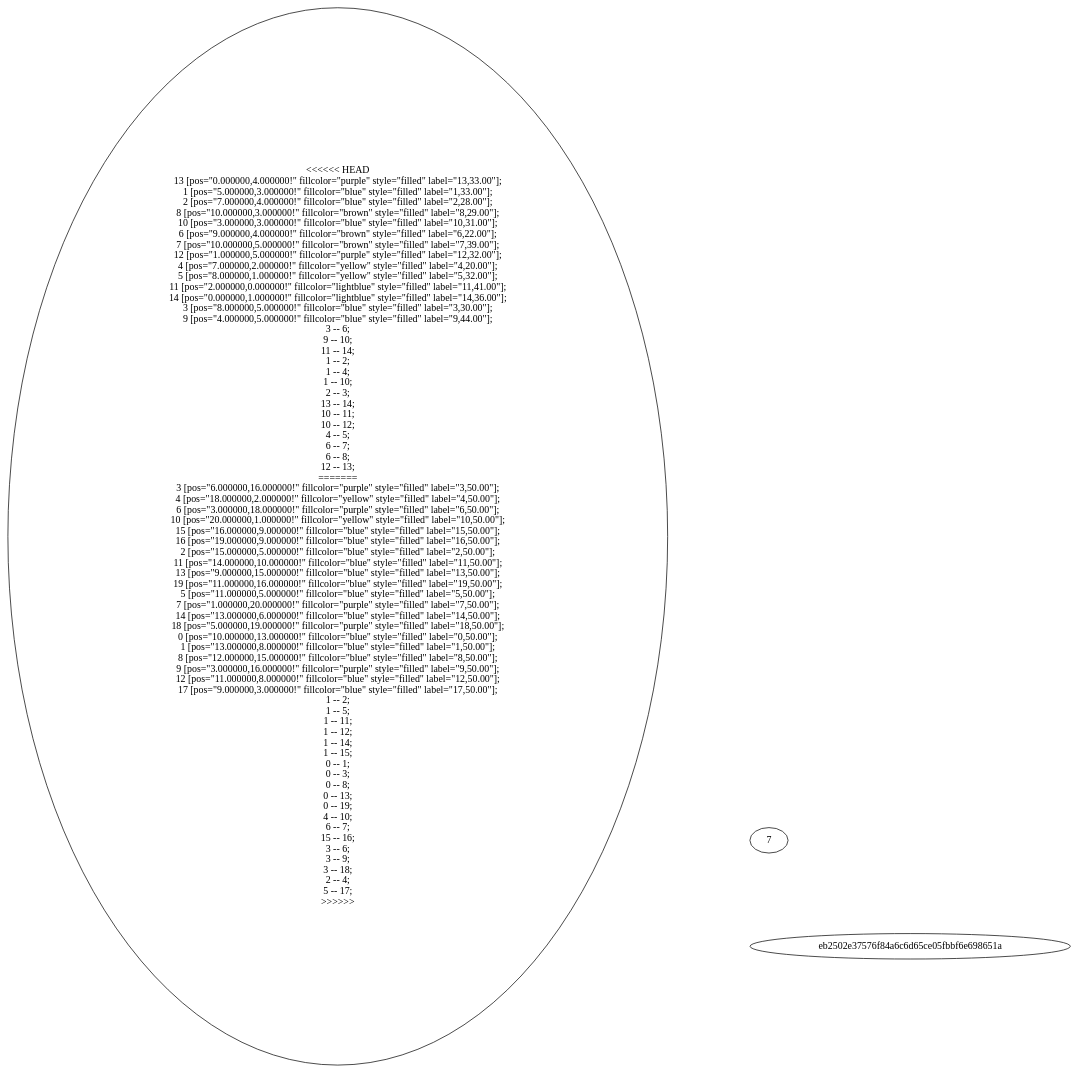
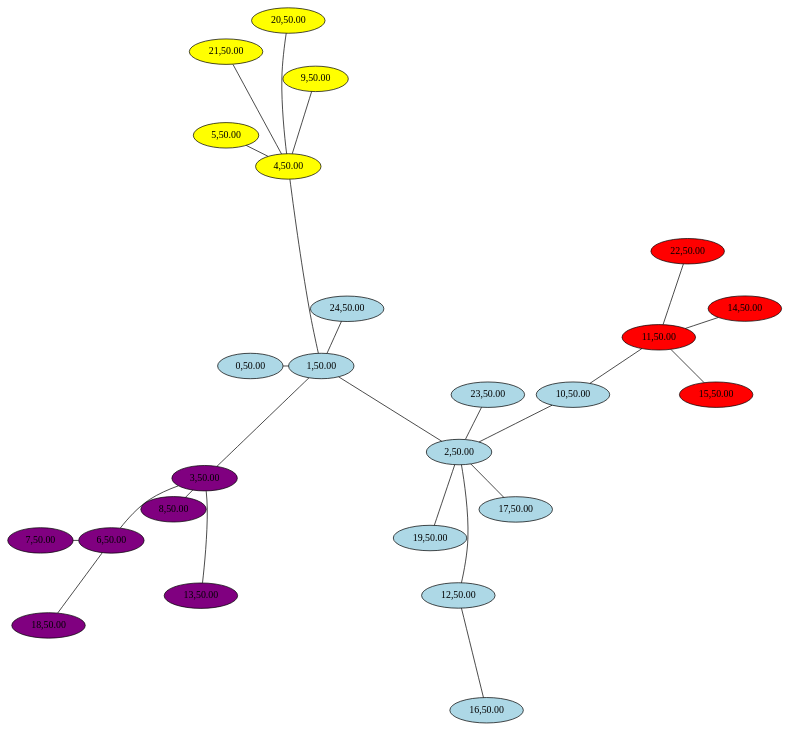
The diagram in test.dot (GiorgosMarga/vanet_d_clustering), drawn with Graphviz before and after one commit. The commit also changed 30 other files, not shown here.

```diff
--- a/test.dot
+++ b/test.dot
@@ -1,74 +1,53 @@
 graph RandomGraph {
 	graph [layout=neato, splines=true, overlap=false];
 
-<<<<<<< HEAD
-	13 [pos="0.000000,4.000000!" fillcolor="purple" style="filled" label="13,33.00"];
-	1 [pos="5.000000,3.000000!" fillcolor="blue" style="filled" label="1,33.00"];
-	2 [pos="7.000000,4.000000!" fillcolor="blue" style="filled" label="2,28.00"];
-	8 [pos="10.000000,3.000000!" fillcolor="brown" style="filled" label="8,29.00"];
-	10 [pos="3.000000,3.000000!" fillcolor="blue" style="filled" label="10,31.00"];
-	6 [pos="9.000000,4.000000!" fillcolor="brown" style="filled" label="6,22.00"];
-	7 [pos="10.000000,5.000000!" fillcolor="brown" style="filled" label="7,39.00"];
-	12 [pos="1.000000,5.000000!" fillcolor="purple" style="filled" label="12,32.00"];
-	4 [pos="7.000000,2.000000!" fillcolor="yellow" style="filled" label="4,20.00"];
-	5 [pos="8.000000,1.000000!" fillcolor="yellow" style="filled" label="5,32.00"];
-	11 [pos="2.000000,0.000000!" fillcolor="lightblue" style="filled" label="11,41.00"];
-	14 [pos="0.000000,1.000000!" fillcolor="lightblue" style="filled" label="14,36.00"];
-	3 [pos="8.000000,5.000000!" fillcolor="blue" style="filled" label="3,30.00"];
-	9 [pos="4.000000,5.000000!" fillcolor="blue" style="filled" label="9,44.00"];
+	1 [pos="10.000000,13.000000!" fillcolor="lightblue" style="filled" label="1,50.00"];
+	3 [pos="6.000000,9.000000!" fillcolor="purple" style="filled" label="3,50.00"];
+	8 [pos="5.000000,8.000000!" fillcolor="purple" style="filled" label="8,50.00"];
+	10 [pos="19.000000,12.000000!" fillcolor="lightblue" style="filled" label="10,50.00"];
+	20 [pos="9.000000,25.000000!" fillcolor="yellow" style="filled" label="20,50.00"];
+	22 [pos="23.000000,17.000000!" fillcolor="red" style="filled" label="22,50.00"];
+	23 [pos="16.000000,12.000000!" fillcolor="lightblue" style="filled" label="23,50.00"];
+	2 [pos="15.000000,10.000000!" fillcolor="lightblue" style="filled" label="2,50.00"];
+	5 [pos="7.000000,21.000000!" fillcolor="yellow" style="filled" label="5,50.00"];
+	9 [pos="10.000000,23.000000!" fillcolor="yellow" style="filled" label="9,50.00"];
+	11 [pos="22.000000,14.000000!" fillcolor="red" style="filled" label="11,50.00"];
+	14 [pos="25.000000,15.000000!" fillcolor="red" style="filled" label="14,50.00"];
+	16 [pos="16.000000,1.000000!" fillcolor="lightblue" style="filled" label="16,50.00"];
+	21 [pos="7.000000,24.000000!" fillcolor="yellow" style="filled" label="21,50.00"];
+	4 [pos="9.000000,20.000000!" fillcolor="yellow" style="filled" label="4,50.00"];
+	6 [pos="3.000000,7.000000!" fillcolor="purple" style="filled" label="6,50.00"];
+	19 [pos="14.000000,7.000000!" fillcolor="lightblue" style="filled" label="19,50.00"];
+	0 [pos="8.000000,13.000000!" fillcolor="lightblue" style="filled" label="0,50.00"];
+	7 [pos="1.000000,7.000000!" fillcolor="purple" style="filled" label="7,50.00"];
+	12 [pos="15.000000,5.000000!" fillcolor="lightblue" style="filled" label="12,50.00"];
+	13 [pos="6.000000,5.000000!" fillcolor="purple" style="filled" label="13,50.00"];
+	15 [pos="24.000000,12.000000!" fillcolor="red" style="filled" label="15,50.00"];
+	17 [pos="17.000000,8.000000!" fillcolor="lightblue" style="filled" label="17,50.00"];
+	18 [pos="1.000000,4.000000!" fillcolor="purple" style="filled" label="18,50.00"];
+	24 [pos="11.000000,15.000000!" fillcolor="lightblue" style="filled" label="24,50.00"];
+	0 -- 1;
+	12 -- 16;
+	1 -- 4;
+	1 -- 24;
+	1 -- 2;
+	1 -- 3;
 	3 -- 6;
-	9 -- 10;
+	3 -- 8;
+	3 -- 13;
+	10 -- 11;
+	2 -- 10;
+	2 -- 12;
+	2 -- 17;
+	2 -- 19;
+	2 -- 23;
 	11 -- 14;
-	1 -- 2;
-	1 -- 4;
-	1 -- 10;
-	2 -- 3;
-	13 -- 14;
-	10 -- 11;
-	10 -- 12;
+	11 -- 15;
+	11 -- 22;
+	4 -- 20;
+	4 -- 21;
 	4 -- 5;
+	4 -- 9;
 	6 -- 7;
-	6 -- 8;
-	12 -- 13;
-=======
-	3 [pos="6.000000,16.000000!" fillcolor="purple" style="filled" label="3,50.00"];
-	4 [pos="18.000000,2.000000!" fillcolor="yellow" style="filled" label="4,50.00"];
-	6 [pos="3.000000,18.000000!" fillcolor="purple" style="filled" label="6,50.00"];
-	10 [pos="20.000000,1.000000!" fillcolor="yellow" style="filled" label="10,50.00"];
-	15 [pos="16.000000,9.000000!" fillcolor="blue" style="filled" label="15,50.00"];
-	16 [pos="19.000000,9.000000!" fillcolor="blue" style="filled" label="16,50.00"];
-	2 [pos="15.000000,5.000000!" fillcolor="blue" style="filled" label="2,50.00"];
-	11 [pos="14.000000,10.000000!" fillcolor="blue" style="filled" label="11,50.00"];
-	13 [pos="9.000000,15.000000!" fillcolor="blue" style="filled" label="13,50.00"];
-	19 [pos="11.000000,16.000000!" fillcolor="blue" style="filled" label="19,50.00"];
-	5 [pos="11.000000,5.000000!" fillcolor="blue" style="filled" label="5,50.00"];
-	7 [pos="1.000000,20.000000!" fillcolor="purple" style="filled" label="7,50.00"];
-	14 [pos="13.000000,6.000000!" fillcolor="blue" style="filled" label="14,50.00"];
-	18 [pos="5.000000,19.000000!" fillcolor="purple" style="filled" label="18,50.00"];
-	0 [pos="10.000000,13.000000!" fillcolor="blue" style="filled" label="0,50.00"];
-	1 [pos="13.000000,8.000000!" fillcolor="blue" style="filled" label="1,50.00"];
-	8 [pos="12.000000,15.000000!" fillcolor="blue" style="filled" label="8,50.00"];
-	9 [pos="3.000000,16.000000!" fillcolor="purple" style="filled" label="9,50.00"];
-	12 [pos="11.000000,8.000000!" fillcolor="blue" style="filled" label="12,50.00"];
-	17 [pos="9.000000,3.000000!" fillcolor="blue" style="filled" label="17,50.00"];
-	1 -- 2;
-	1 -- 5;
-	1 -- 11;
-	1 -- 12;
-	1 -- 14;
-	1 -- 15;
-	0 -- 1;
-	0 -- 3;
-	0 -- 8;
-	0 -- 13;
-	0 -- 19;
-	4 -- 10;
-	6 -- 7;
-	15 -- 16;
-	3 -- 6;
-	3 -- 9;
-	3 -- 18;
-	2 -- 4;
-	5 -- 17;
->>>>>>> 7eb2502e37576f84a6c6d65ce05fbbf6e698651a
+	6 -- 18;
 }
```
